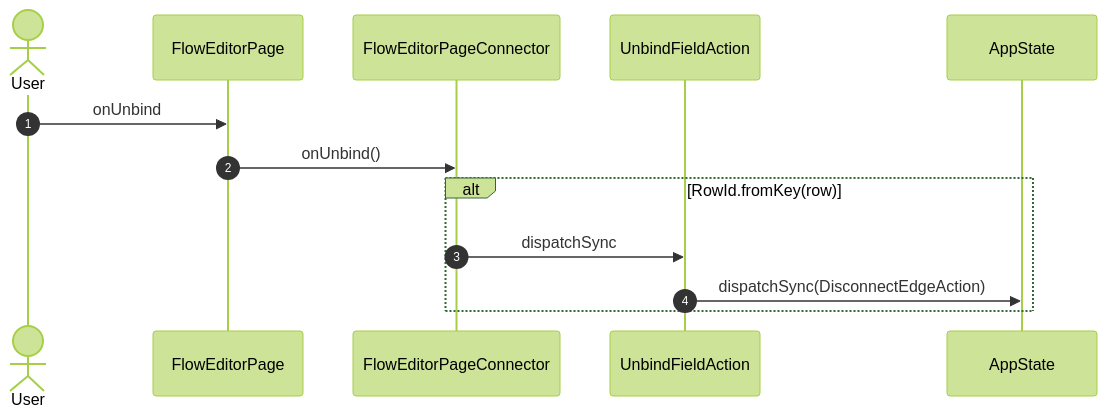
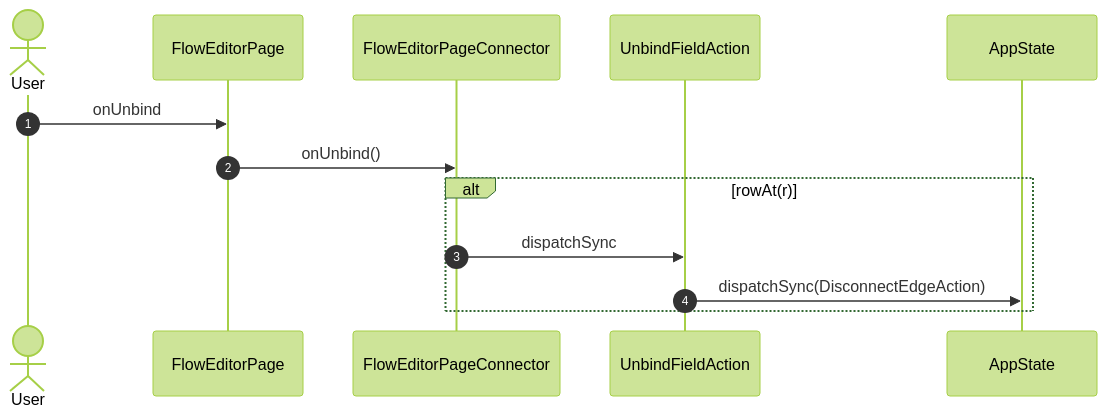
Before and after one commit to gencto/wyrm: diagram 30 of 39 in studio/docs/flows/flowEditor.md, drawn with Mermaid (forest theme). The commit also changed other lines of this file and 21 other files, not shown here.

````diff
--- a/studio/docs/flows/flowEditor.md
+++ b/studio/docs/flows/flowEditor.md
@@ -555,16 +553,16 @@
 ```mermaid
 sequenceDiagram
     autonumber
     actor User
     participant UI as FlowEditorPage
     participant VM as FlowEditorPageConnector
     participant A1 as UnbindFieldAction
     participant ST as AppState
 
     User->>UI: onUnbind
     UI->>VM: onUnbind()
-    alt RowId.fromKey(row)
+    alt rowAt(r)
         VM->>A1: dispatchSync
         A1->>ST: dispatchSync(DisconnectEdgeAction)
     end
 ```
````
